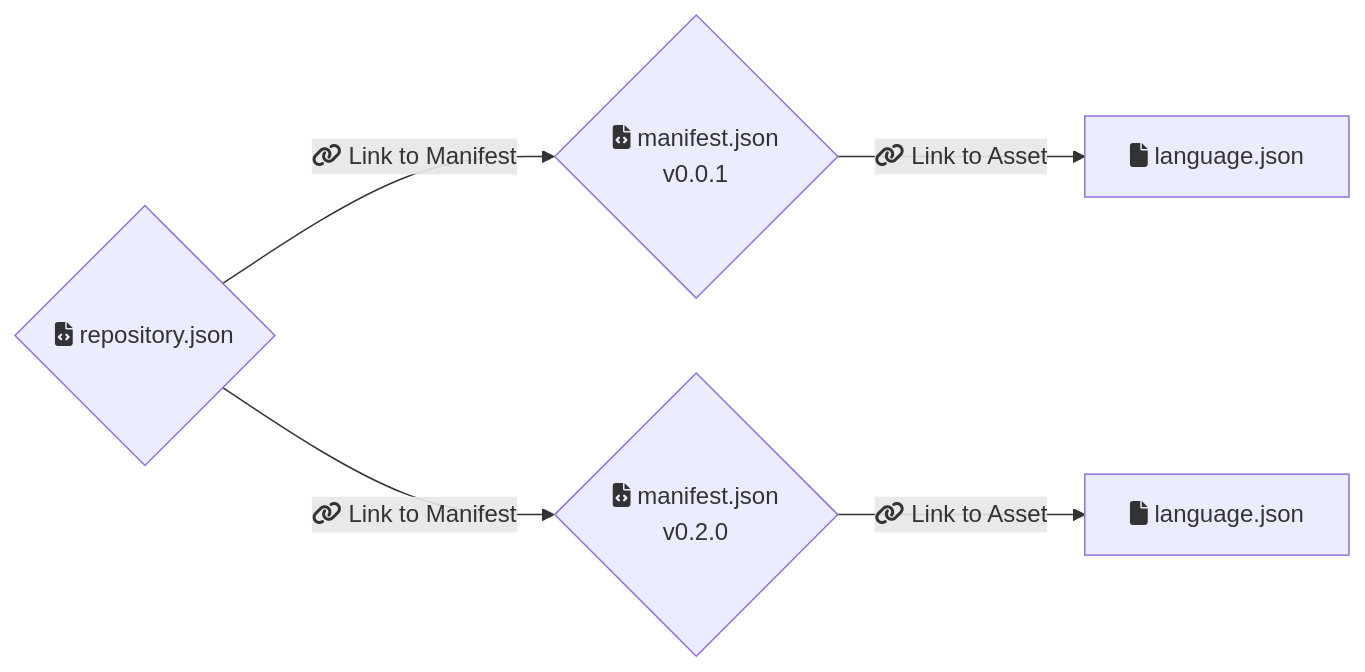
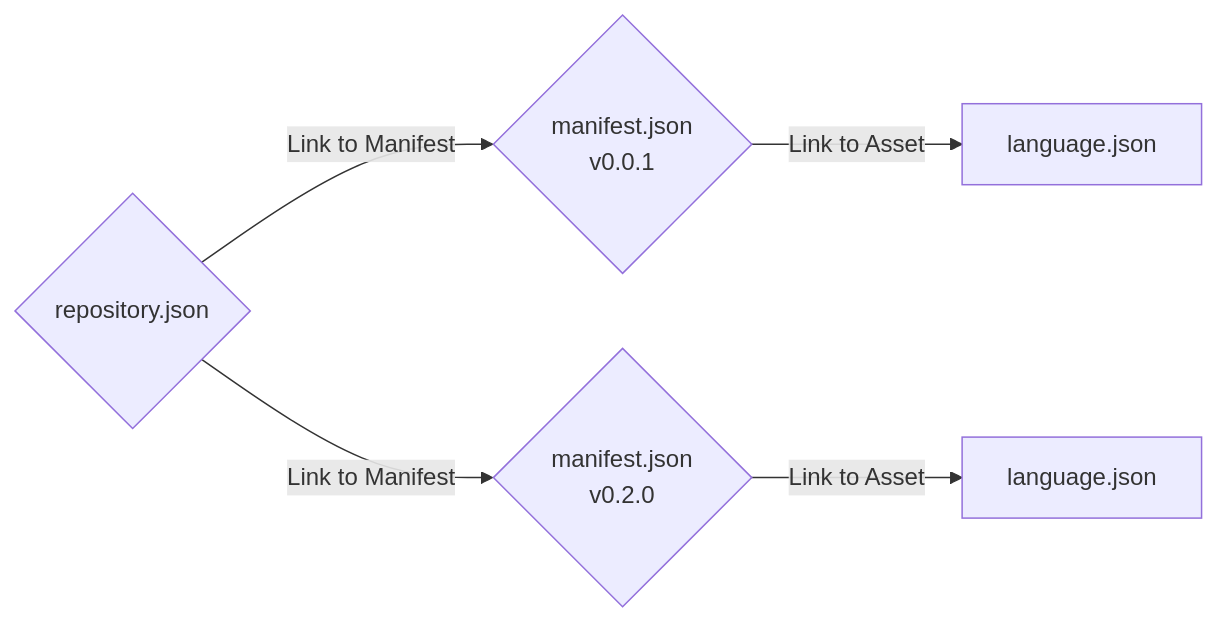
The diagram in README.md (RebelliumGames/TechGiants-Mod-Template), drawn with Mermaid before and after one commit.

````diff
--- a/README.md
+++ b/README.md
@@ -30,10 +30,10 @@
 ```mermaid
 flowchart LR
-    A{fa:fa-file-code repository.json} -->|fa:fa-link Link to Manifest| B{fa:fa-file-code manifest.json 
+    A{repository.json} -->|Link to Manifest| B{manifest.json 
     v0.0.1}
-    A{fa:fa-file-code repository.json} -->|fa:fa-link Link to Manifest| C{fa:fa-file-code manifest.json 
+    A{repository.json} -->|Link to Manifest| C{manifest.json 
     v0.2.0}
 
-    B -->|fa:fa-link Link to Asset| D[fa:fa-file language.json]
-    C -->|fa:fa-link Link to Asset| E[fa:fa-file language.json]
+    B -->|Link to Asset| D[language.json]
+    C -->|Link to Asset| E[language.json]
 ```
````
